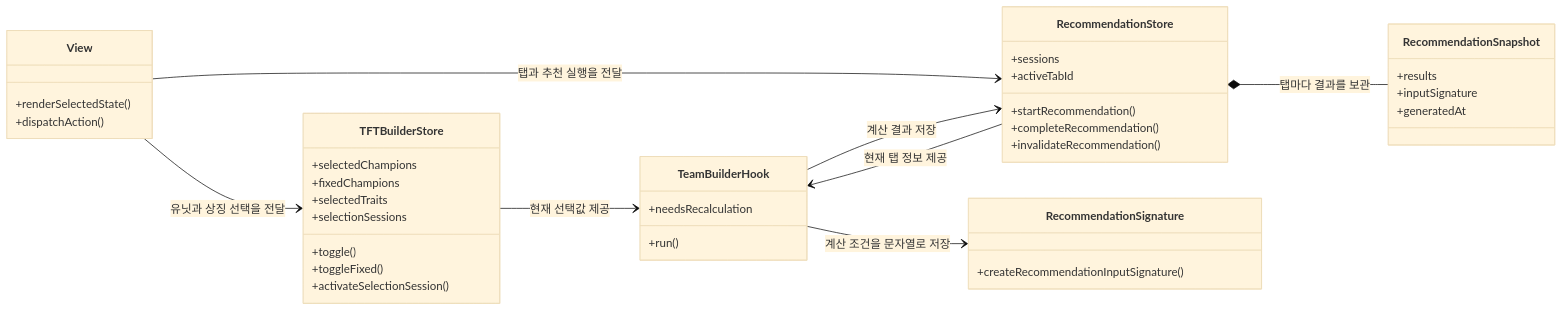
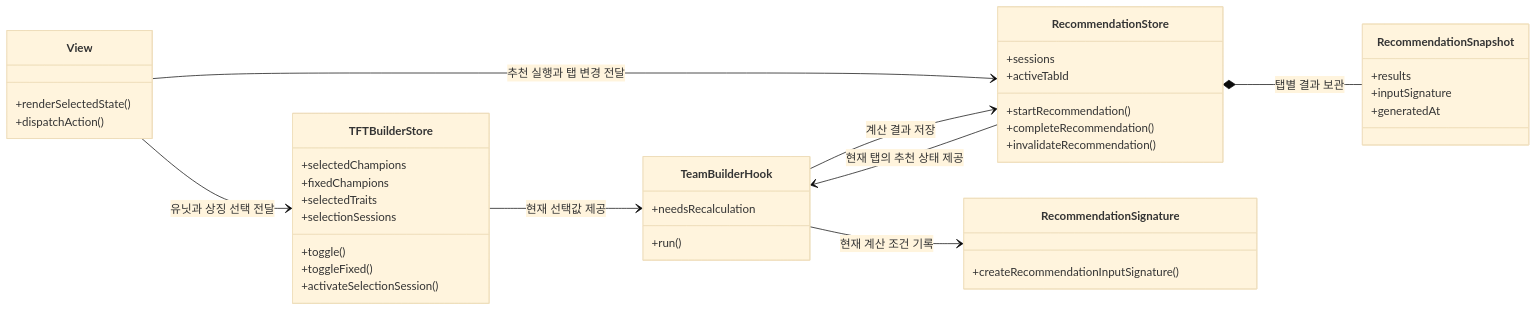
Before and after one commit to kimdol/my-tft-app: the third of 6 diagrams in vite-project/src/features/README.md, drawn with Mermaid (base theme). The commit also changed other lines of this file, not shown here.

Commit message:
Fix README algorithm, state management, and data flow descriptions

````diff
--- a/vite-project/src/features/README.md
+++ b/vite-project/src/features/README.md
@@ -121,44 +341,53 @@
 ```mermaid
 classDiagram
     direction LR
+
     class View {
         +renderSelectedState()
         +dispatchAction()
     }
+
     class TFTBuilderStore {
         +selectedChampions
         +fixedChampions
         +selectedTraits
         +selectionSessions
         +toggle()
         +toggleFixed()
         +activateSelectionSession()
     }
+
     class RecommendationStore {
         +sessions
         +activeTabId
         +startRecommendation()
         +completeRecommendation()
         +invalidateRecommendation()
     }
+
     class RecommendationSignature {
         +createRecommendationInputSignature()
     }
+
     class RecommendationSnapshot {
         +results
         +inputSignature
         +generatedAt
     }
+
     class TeamBuilderHook {
         +run()
         +needsRecalculation
     }
 
-    View --> TFTBuilderStore : 유닛과 상징 선택을 전달
-    View --> RecommendationStore : 탭과 추천 실행을 전달
+    View --> TFTBuilderStore : 유닛과 상징 선택 전달
+    View --> RecommendationStore : 추천 실행과 탭 변경 전달
+
     TFTBuilderStore --> TeamBuilderHook : 현재 선택값 제공
-    RecommendationStore --> TeamBuilderHook : 현재 탭 정보 제공
-    TeamBuilderHook --> RecommendationSignature : 계산 조건을 문자열로 저장
-    RecommendationStore *-- RecommendationSnapshot : 탭마다 결과를 보관
+    RecommendationStore --> TeamBuilderHook : 현재 탭의 추천 상태 제공
+
+    TeamBuilderHook --> RecommendationSignature : 현재 계산 조건 기록
     TeamBuilderHook --> RecommendationStore : 계산 결과 저장
+
+    RecommendationStore *-- RecommendationSnapshot : 탭별 결과 보관
 ```
````
